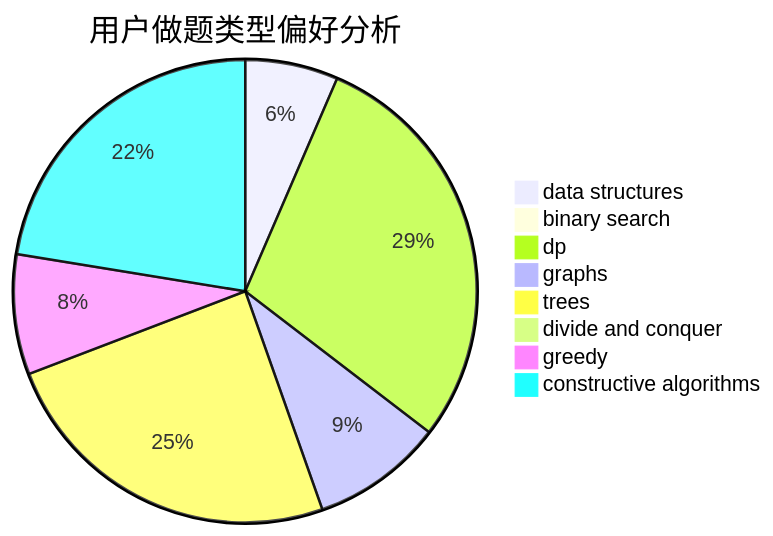
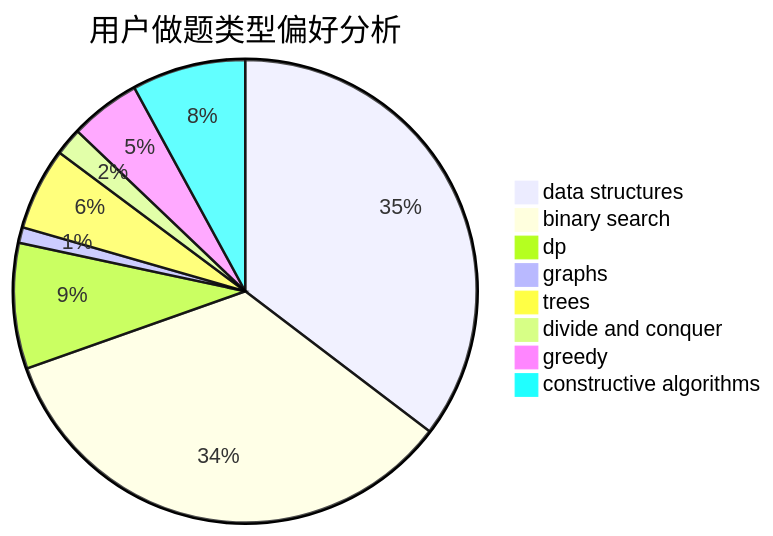
One commit to sherpahu/cfrs.github.io changed the second of 3 diagrams in docs/user/u2529.md. Above: the diagram before and after it, drawn with Mermaid. The commit also changed other lines of this file and 2770 other files, not shown here.

````diff
--- a/docs/user/u2529.md
+++ b/docs/user/u2529.md
@@ -23,11 +23,11 @@
 ```mermaid
 pie title 用户做题类型偏好分析
-    "data structures" :  24
-    "binary search" :  1
-    "dp" :  107
-    "graphs" :  34
-    "trees" :  91
-    "divide and conquer" :  0
-    "greedy" :  31
-    "constructive algorithms" :  83
+    "data structures" :  129
+    "binary search" :  125
+    "dp" :  32
+    "graphs" :  4
+    "trees" :  21
+    "divide and conquer" :  7
+    "greedy" :  18
+    "constructive algorithms" :  29
 ```
````
